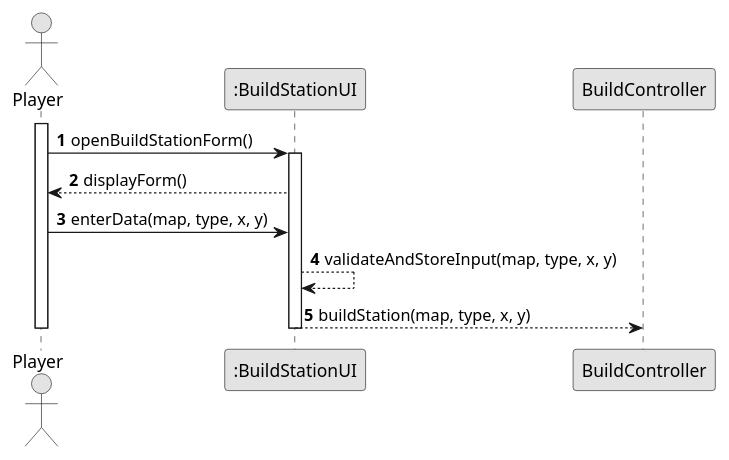
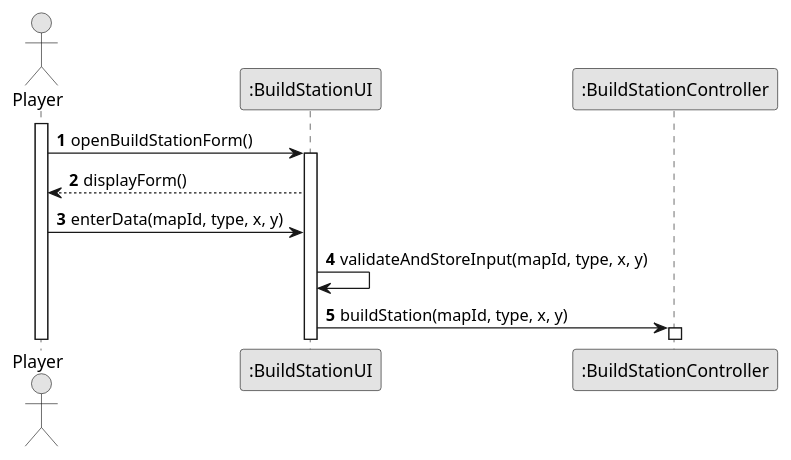
The diagram in docs/system-documentation/US005/03.design/puml/US005-SD-getInput.puml (goncalolopesp/sem2-pi-24.25-g093-repo), drawn with PlantUML before and after one commit. The commit also changed 7 other files, not shown here.

```diff
--- a/docs/system-documentation/US005/03.design/puml/US005-SD-getInput.puml
+++ b/docs/system-documentation/US005/03.design/puml/US005-SD-getInput.puml
@@ -1,19 +1,24 @@
 @startuml US005-SD-getInput
 skinparam monochrome true
 skinparam packageStyle rectangle
 skinparam shadowing false
 autonumber
 
 actor "Player" as Player
 participant ":BuildStationUI" as BuildUI
+participant ":BuildStationController" as BuildController
 
 activate Player
 Player -> BuildUI: openBuildStationForm()
 activate BuildUI
 BuildUI --> Player: displayForm()
-Player -> BuildUI: enterData(map, type, x, y)
-BuildUI --> BuildUI: validateAndStoreInput(map, type, x, y)
-BuildUI --> BuildController: buildStation(map, type, x, y)
-deactivate BuildUI
-deactivate Player
+
+Player -> BuildUI: enterData(mapId, type, x, y)
+BuildUI -> BuildUI: validateAndStoreInput(mapId, type, x, y)
+
+BuildUI -> BuildController: buildStation(mapId, type, x, y)
+activate BuildController
+
+
+
 @enduml
```
